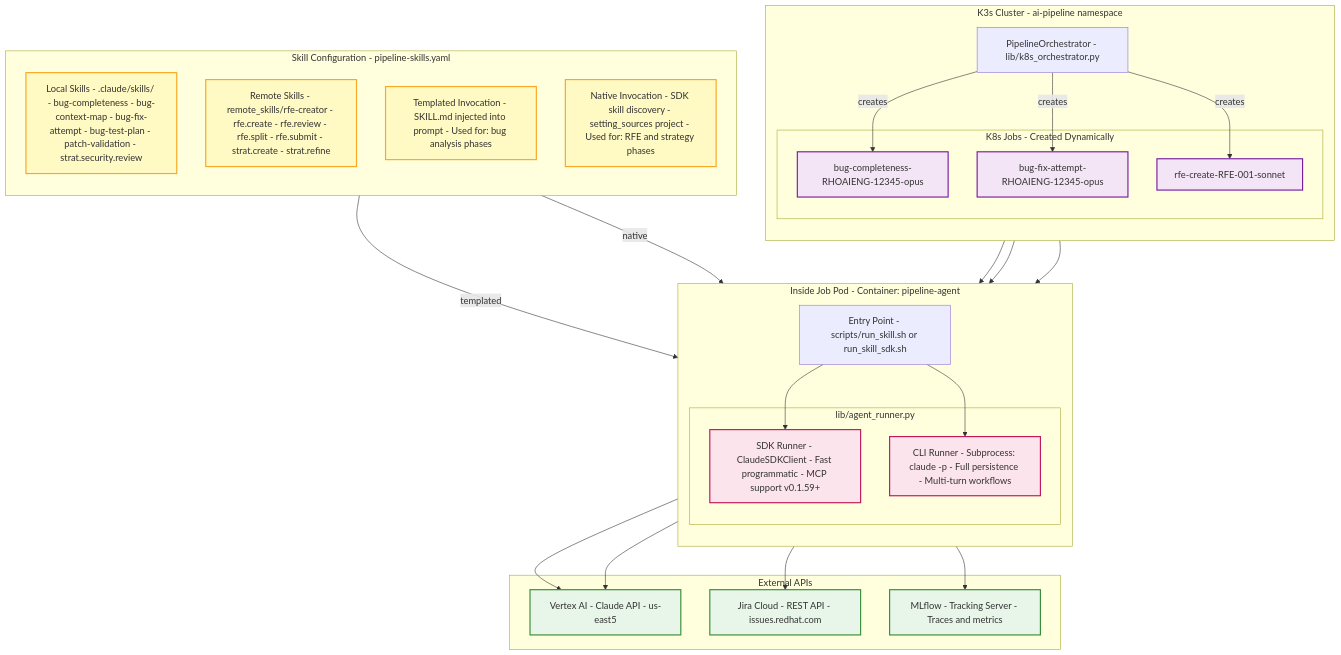
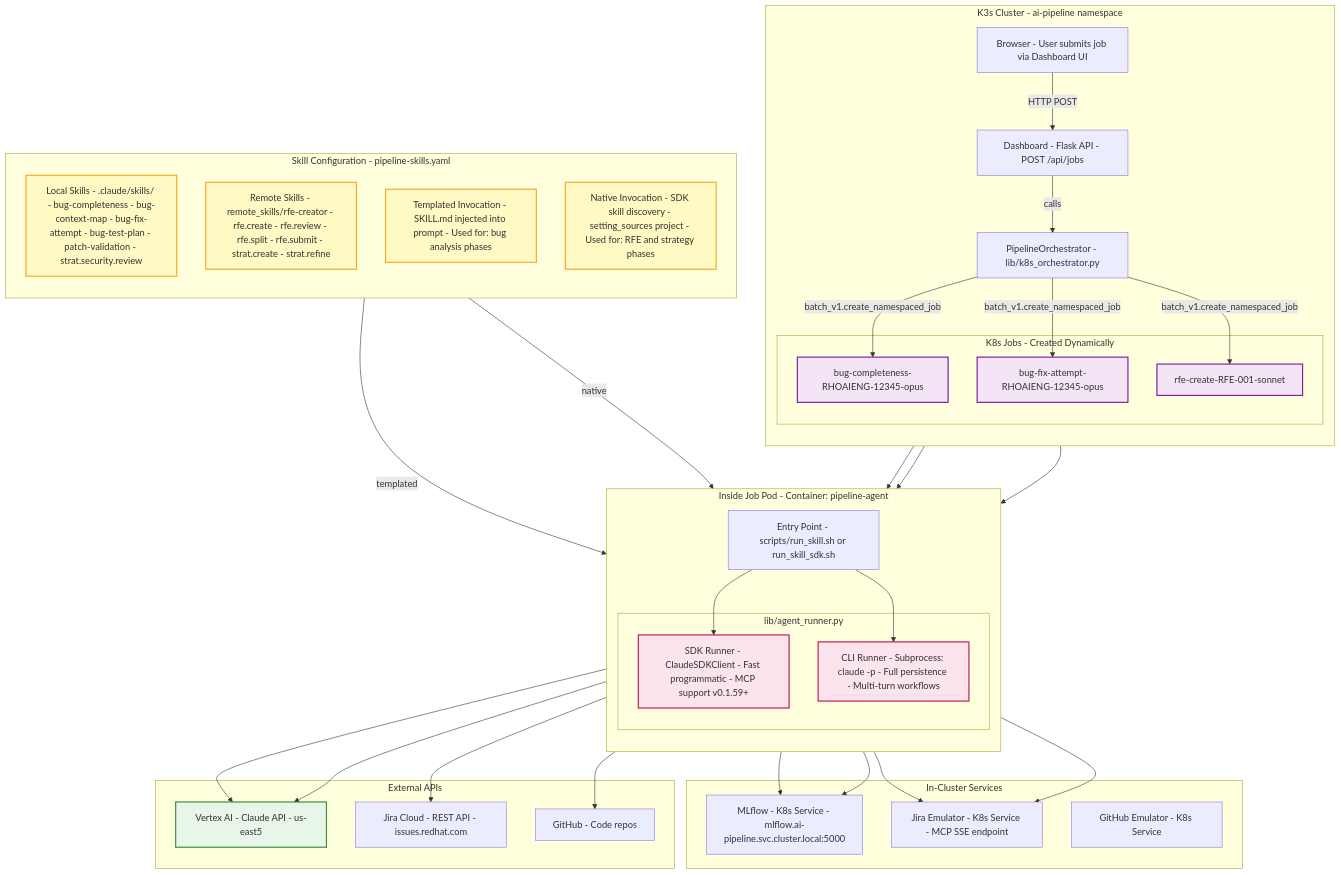
The diagram in docs/architecture-jobs-runners.mmd (jctanner/ai-first-pipeline), drawn with Mermaid before and after one commit. The commit also changed 3 other files, not shown here.

First line of the commit message:
Update architecture diagrams to reflect web-based job submission workflow

```diff
--- a/docs/architecture-jobs-runners.mmd
+++ b/docs/architecture-jobs-runners.mmd
@@ -1,71 +1,88 @@
 graph TB
+    Browser["Browser - User submits job via Dashboard UI"]
+
     subgraph K8s["K3s Cluster - ai-pipeline namespace"]
         direction TB
 
+        Dashboard["Dashboard - Flask API - POST /api/jobs"]
         Orchestrator["PipelineOrchestrator - lib/k8s_orchestrator.py"]
 
         subgraph Jobs["K8s Jobs - Created Dynamically"]
             Job1["bug-completeness-RHOAIENG-12345-opus"]
             Job2["bug-fix-attempt-RHOAIENG-12345-opus"]
             Job3["rfe-create-RFE-001-sonnet"]
         end
 
-        Orchestrator -->|creates| Job1
-        Orchestrator -->|creates| Job2
-        Orchestrator -->|creates| Job3
+        Browser -->|HTTP POST| Dashboard
+        Dashboard -->|calls| Orchestrator
+        Orchestrator -->|batch_v1.create_namespaced_job| Job1
+        Orchestrator -->|batch_v1.create_namespaced_job| Job2
+        Orchestrator -->|batch_v1.create_namespaced_job| Job3
     end
 
     subgraph JobPod["Inside Job Pod - Container: pipeline-agent"]
         direction TB
 
         Scripts["Entry Point - scripts/run_skill.sh or run_skill_sdk.sh"]
 
         subgraph RunnerLogic["lib/agent_runner.py"]
             SDKRunner["SDK Runner - ClaudeSDKClient - Fast programmatic - MCP support v0.1.59+"]
             CLIRunner["CLI Runner - Subprocess: claude -p - Full persistence - Multi-turn workflows"]
         end
 
         Scripts --> SDKRunner
         Scripts --> CLIRunner
     end
 
     subgraph Skills["Skill Configuration - pipeline-skills.yaml"]
         direction TB
 
         LocalSkills["Local Skills - .claude/skills/ - bug-completeness - bug-context-map - bug-fix-attempt - bug-test-plan - patch-validation - strat.security.review"]
 
         RemoteSkills["Remote Skills - remote_skills/rfe-creator - rfe.create - rfe.review - rfe.split - rfe.submit - strat.create - strat.refine"]
 
         Templated["Templated Invocation - SKILL.md injected into prompt - Used for: bug analysis phases"]
 
         Native["Native Invocation - SDK skill discovery - setting_sources project - Used for: RFE and strategy phases"]
     end
 
+    subgraph ClusterServices["In-Cluster Services"]
+        MLflowService["MLflow - K8s Service - mlflow.ai-pipeline.svc.cluster.local:5000"]
+        JiraEmuService["Jira Emulator - K8s Service - MCP SSE endpoint"]
+        GitHubEmuService["GitHub Emulator - K8s Service"]
+    end
+
     subgraph External["External APIs"]
         VertexAI["Vertex AI - Claude API - us-east5"]
-        JiraAPI["Jira Cloud - REST API - issues.redhat.com"]
-        MLflow["MLflow - Tracking Server - Traces and metrics"]
+        JiraCloud["Jira Cloud - REST API - issues.redhat.com"]
+        GitHubCloud["GitHub - Code repos"]
     end
 
     Job1 --> Scripts
     Job2 --> Scripts
     Job3 --> Scripts
 
     LocalSkills -->|templated| SDKRunner
     RemoteSkills -->|native| CLIRunner
 
     SDKRunner --> VertexAI
     CLIRunner --> VertexAI
 
-    SDKRunner --> JiraAPI
-    CLIRunner --> MLflow
+    SDKRunner --> MLflowService
+    CLIRunner --> MLflowService
+
+    SDKRunner --> JiraEmuService
+    CLIRunner --> JiraEmuService
+
+    SDKRunner --> JiraCloud
+    CLIRunner --> GitHubCloud
 
     classDef job fill:#f3e5f5,stroke:#7b1fa2,stroke-width:2px
     classDef runner fill:#fce4ec,stroke:#c2185b,stroke-width:2px
     classDef skill fill:#fff9c4,stroke:#f9a825,stroke-width:2px
     classDef external fill:#e8f5e9,stroke:#388e3c,stroke-width:2px
 
     class Job1,Job2,Job3 job
     class SDKRunner,CLIRunner runner
     class LocalSkills,RemoteSkills,Templated,Native skill
     class VertexAI,JiraAPI,MLflow external
```
